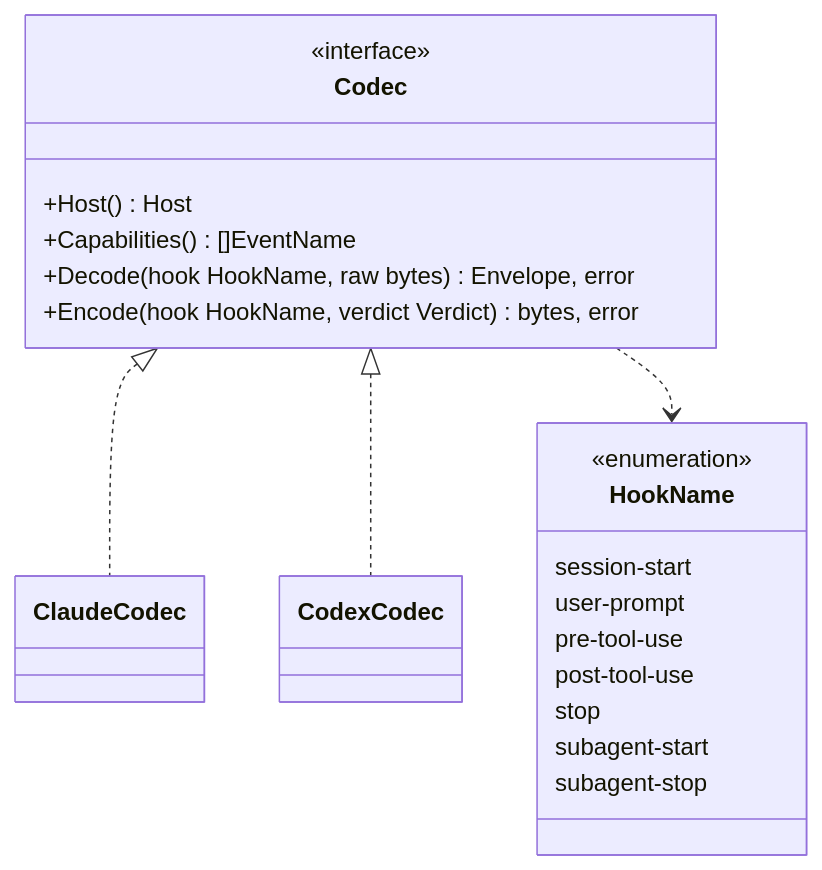
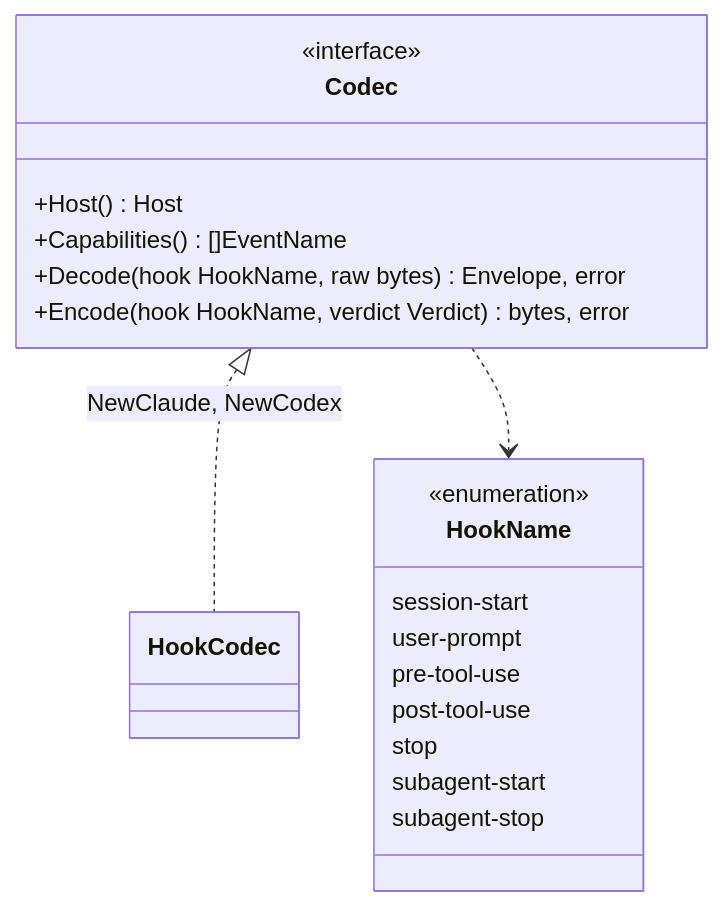
Before and after one commit to 90p-labs/harness: the fifth of 5 diagrams in DESIGN.md, drawn with Mermaid. The commit also changed other lines of this file and 6 other files, not shown here.

````diff
--- a/DESIGN.md
+++ b/DESIGN.md
@@ -716,25 +719,23 @@
 ```mermaid
 classDiagram
     class Codec {
         <<interface>>
         +Host() Host
         +Capabilities() []EventName
         +Decode(hook HookName, raw bytes) Envelope, error
         +Encode(hook HookName, verdict Verdict) bytes, error
     }
     class HookName {
         <<enumeration>>
         session-start
         user-prompt
         pre-tool-use
         post-tool-use
         stop
         subagent-start
         subagent-stop
     }
-    class ClaudeCodec
-    class CodexCodec
-    Codec <|.. ClaudeCodec
-    Codec <|.. CodexCodec
+    class HookCodec
+    Codec <|.. HookCodec : NewClaude, NewCodex
     Codec ..> HookName
 ```
````
